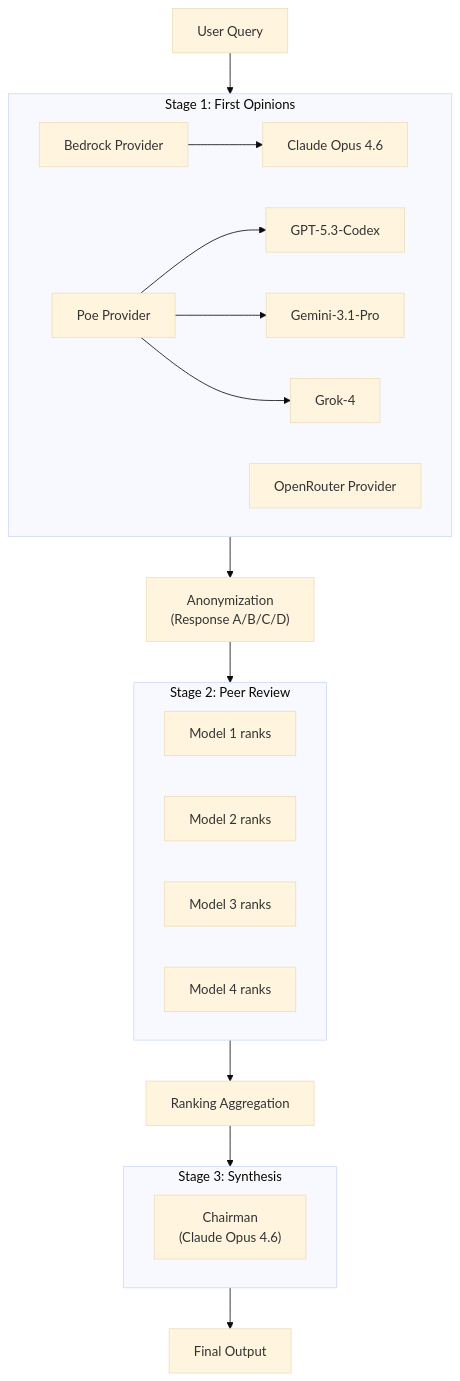
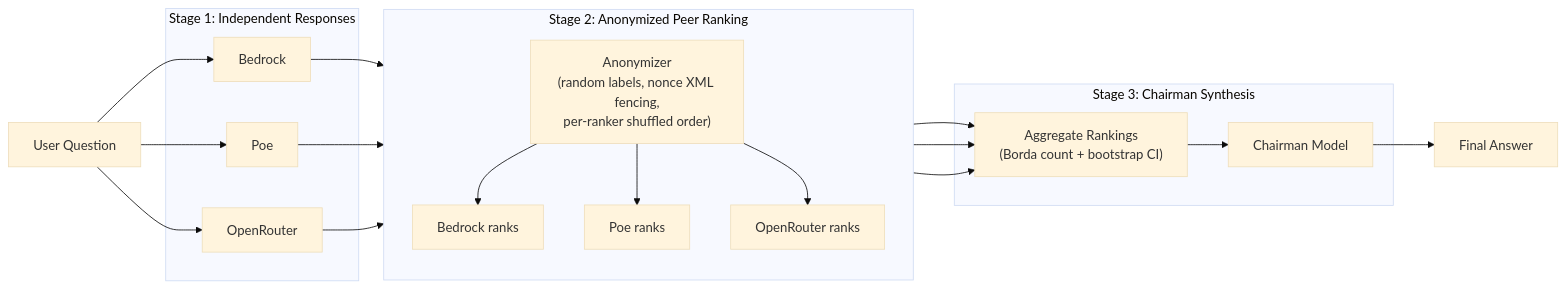
The diagram in README.md (0ri/llm-council), drawn with Mermaid (base theme) before and after one commit. The commit also changed other lines of this file and 28 other files, not shown here.

````diff
--- a/README.md
+++ b/README.md
@@ -20,44 +271,41 @@
 ```mermaid
-flowchart TD
-    Q["User Query"]
+graph LR
+    Q["User Question"]
 
-    subgraph Stage1["Stage 1: First Opinions"]
-        direction LR
-        B["Bedrock Provider"]
-        P["Poe Provider"]
-        O["OpenRouter Provider"]
-        M1["Claude Opus 4.6"]
-        M2["GPT-5.3-Codex"]
-        M3["Gemini-3.1-Pro"]
-        M4["Grok-4"]
-        B --> M1
-        P --> M2
-        P --> M3
-        P --> M4
+    subgraph Stage1["Stage 1: Independent Responses"]
+        B1["Bedrock"]
+        P1["Poe"]
+        O1["OpenRouter"]
     end
 
-    A["Anonymization<br/>(Response A/B/C/D)"]
-
-    subgraph Stage2["Stage 2: Peer Review"]
-        direction LR
-        R1["Model 1 ranks"]
-        R2["Model 2 ranks"]
-        R3["Model 3 ranks"]
-        R4["Model 4 ranks"]
+    subgraph Stage2["Stage 2: Anonymized Peer Ranking"]
+        direction TB
+        AN["Anonymizer<br/>(random labels, nonce XML fencing,<br/>per-ranker shuffled order)"]
+        B2["Bedrock ranks"]
+        P2["Poe ranks"]
+        O2["OpenRouter ranks"]
+        AN --> B2
+        AN --> P2
+        AN --> O2
     end
 
-    AGG["Ranking Aggregation"]
-
-    subgraph Stage3["Stage 3: Synthesis"]
-        CH["Chairman<br/>(Claude Opus 4.6)"]
+    subgraph Stage3["Stage 3: Chairman Synthesis"]
+        AGG["Aggregate Rankings<br/>(Borda count + bootstrap CI)"]
+        CH["Chairman Model"]
+        AGG --> CH
     end
 
-    OUT["Final Output"]
+    Q --> B1
+    Q --> P1
+    Q --> O1
 
-    Q --> Stage1
-    Stage1 --> A
-    A --> Stage2
-    Stage2 --> AGG
-    AGG --> Stage3
-    Stage3 --> OUT
+    B1 --> AN
+    P1 --> AN
+    O1 --> AN
+
+    B2 --> AGG
+    P2 --> AGG
+    O2 --> AGG
+
+    CH --> R["Final Answer"]
 ```
````
